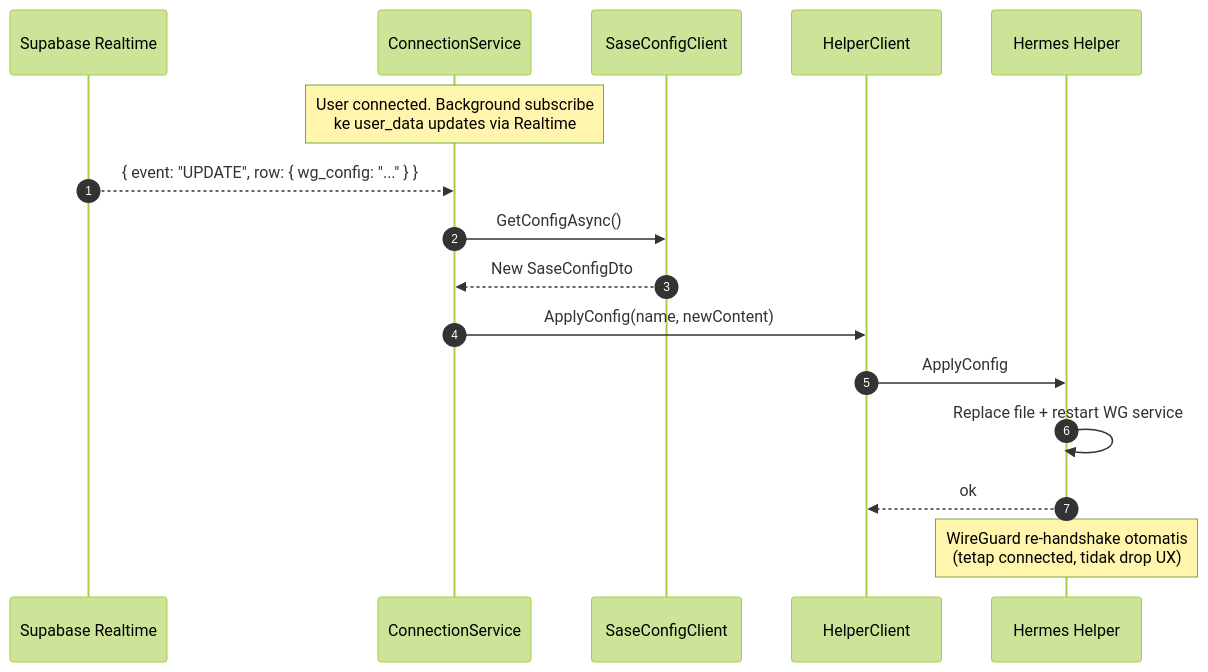
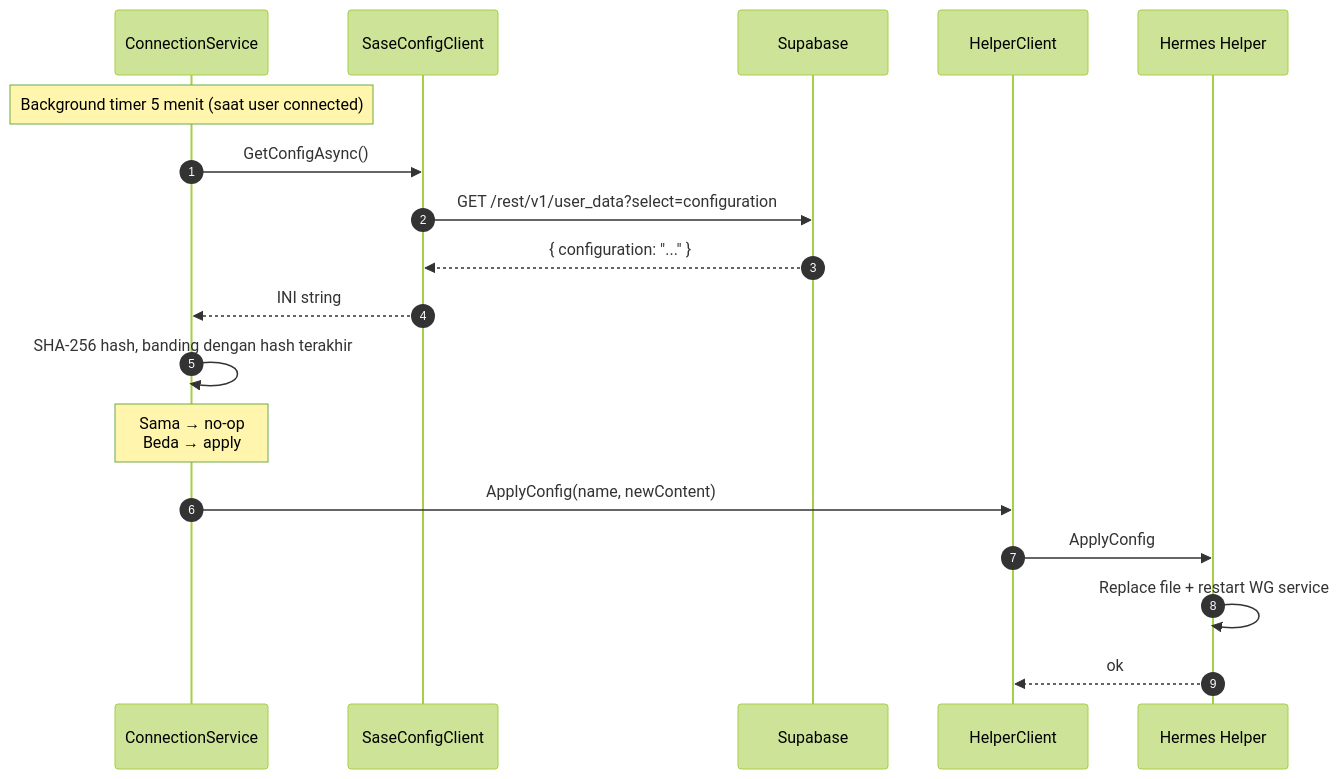
The fourth of 4 diagrams in docs/02-arsitektur.md (ardika/hermes-sase-docs), drawn with Mermaid (forest theme) before and after one commit. The commit also changed other lines of this file and 9 other files, not shown here.

First line of the commit message:
fix: align dengan schema production Supabase yang TIDAK BOLEH DIUBAH

````diff
--- a/docs/02-arsitektur.md
+++ b/docs/02-arsitektur.md
@@ -279,21 +284,23 @@
 ```mermaid
 sequenceDiagram
     autonumber
-    participant SB as Supabase Realtime
     participant CS as ConnectionService
     participant SCC as SaseConfigClient
+    participant SB as Supabase
     participant HC as HelperClient
     participant HS as Hermes Helper
 
-    Note over CS: User connected. Background subscribe<br/>ke user_data updates via Realtime
-    SB-->>CS: { event: "UPDATE", row: { wg_config: "..." } }
+    Note over CS: Background timer 5 menit (saat user connected)
+    CS->>SCC: GetConfigAsync()
+    SCC->>SB: GET /rest/v1/user_data?select=configuration
+    SB-->>SCC: { configuration: "..." }
+    SCC-->>CS: INI string
 
-    CS->>SCC: GetConfigAsync()
-    SCC-->>CS: New SaseConfigDto
+    CS->>CS: SHA-256 hash, banding dengan hash terakhir
+    Note over CS: Sama → no-op<br/>Beda → apply
 
     CS->>HC: ApplyConfig(name, newContent)
     HC->>HS: ApplyConfig
     HS->>HS: Replace file + restart WG service
     HS-->>HC: ok
-    Note over HS: WireGuard re-handshake otomatis<br/>(tetap connected, tidak drop UX)
 ```
````
